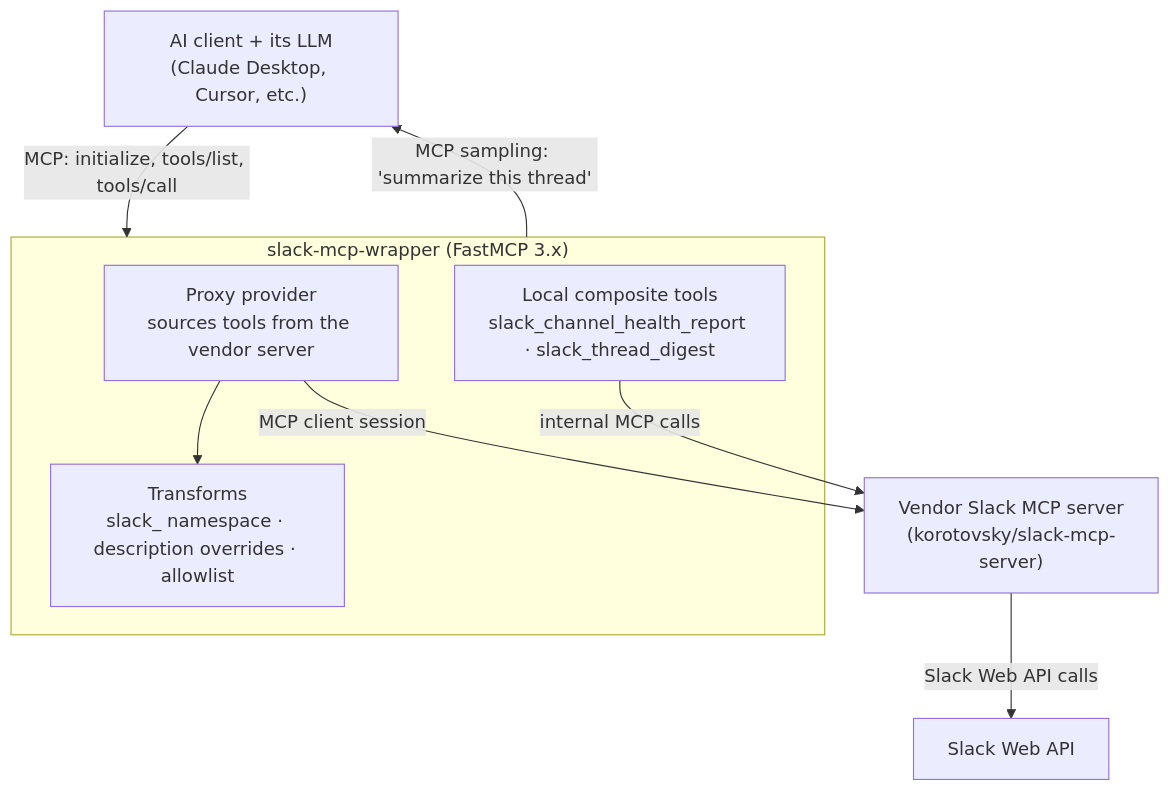
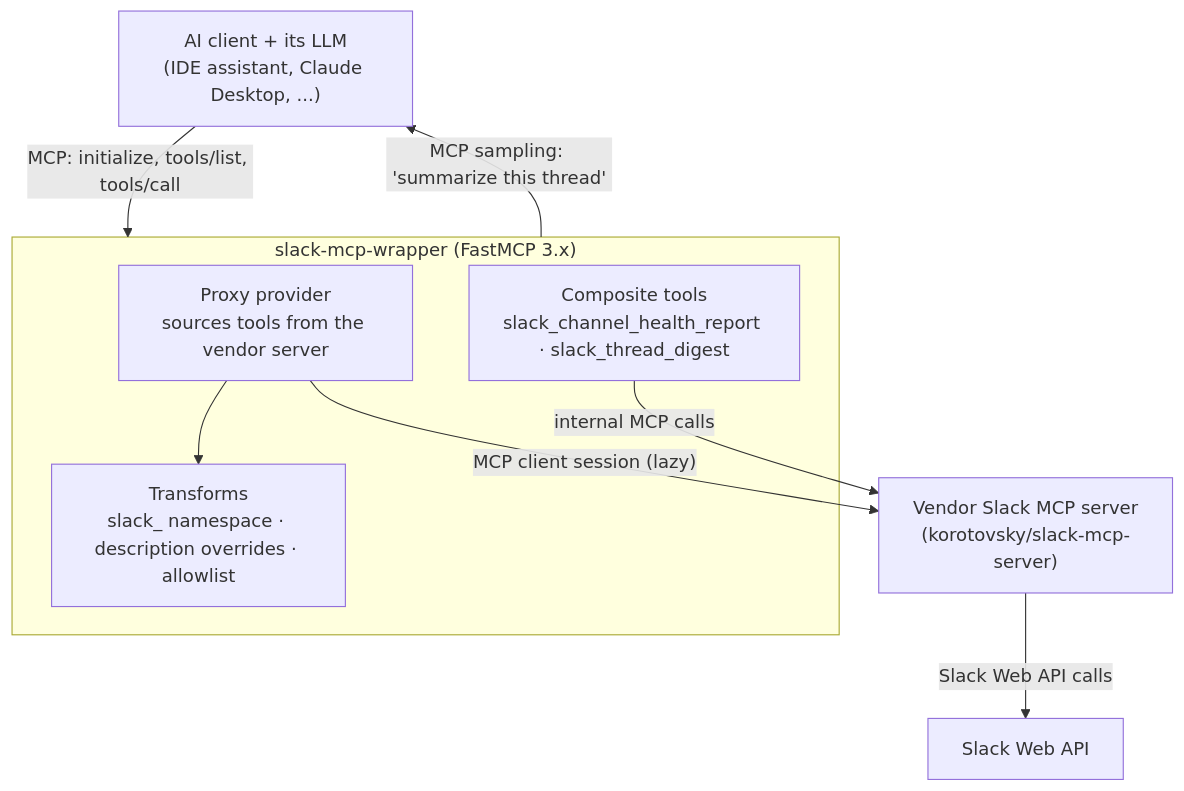
The diagram in README.md (esannihith/mcp-decorator), drawn with Mermaid before and after one commit. The commit also changed other lines of this file, not shown here.

````diff
--- a/README.md
+++ b/README.md
@@ -22,19 +64,19 @@
 ```mermaid
 flowchart TB
-    Client["AI client + its LLM<br/>(Claude Desktop, Cursor, etc.)"]
+    Client["AI client + its LLM<br/>(IDE assistant, Claude Desktop, ...)"]
     Vendor["Vendor Slack MCP server<br/>(korotovsky/slack-mcp-server)"]
     SlackAPI["Slack Web API"]
 
     subgraph Wrapper["slack-mcp-wrapper (FastMCP 3.x)"]
         Proxy["Proxy provider<br/>sources tools from the vendor server"]
         Transforms["Transforms<br/>slack_ namespace · description overrides · allowlist"]
-        Local["Local composite tools<br/>slack_channel_health_report · slack_thread_digest"]
+        Local["Composite tools<br/>slack_channel_health_report · slack_thread_digest"]
     end
 
     Client -- "MCP: initialize, tools/list, tools/call" --> Wrapper
     Wrapper -- "MCP sampling: 'summarize this thread'" --> Client
     Proxy --> Transforms
-    Proxy -- "MCP client session" --> Vendor
+    Proxy -- "MCP client session (lazy)" --> Vendor
     Local -- "internal MCP calls" --> Vendor
     Vendor -- "Slack Web API calls" --> SlackAPI
 ```
````
